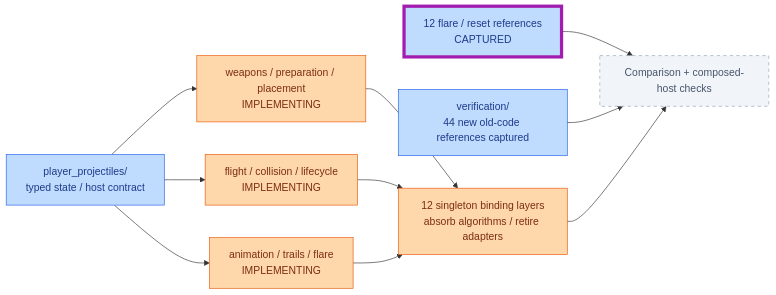
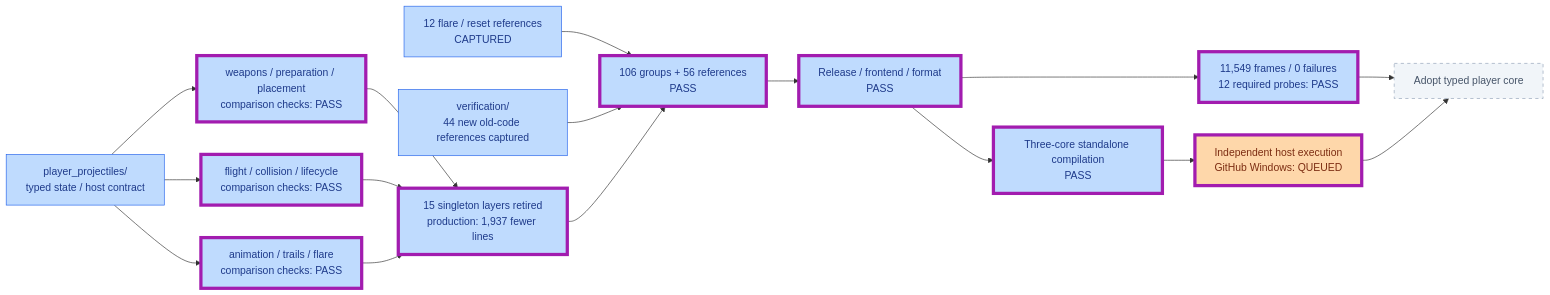
The fourth of 4 diagrams in PROGRESS.md (JimLundin/sm-decomp), drawn with Mermaid before and after one commit. The commit also changed other lines of this file and 61 other files, not shown here.

First line of the commit message:
Consolidate player projectiles into typed core; comparisons and 11549 frames pass

````diff
--- a/PROGRESS.md
+++ b/PROGRESS.md
@@ -123,19 +123,25 @@
 ```mermaid
 flowchart LR
     CONTRACT["player_projectiles/<br/>typed state / host contract"]:::checked
     BASE["verification/<br/>44 new old-code references captured"]:::checked
-    CONTRACT --> PROD["weapons / preparation / placement<br/>IMPLEMENTING"]:::active
-    CONTRACT --> FLIGHT["flight / collision / lifecycle<br/>IMPLEMENTING"]:::active
-    CONTRACT --> DRAW["animation / trails / flare<br/>IMPLEMENTING"]:::active
-    PROD --> DELETE["12 singleton binding layers<br/>absorb algorithms / retire adapters"]:::active
+    CONTRACT --> PROD["weapons / preparation / placement<br/>comparison checks: PASS"]:::checked
+    CONTRACT --> FLIGHT["flight / collision / lifecycle<br/>comparison checks: PASS"]:::checked
+    CONTRACT --> DRAW["animation / trails / flare<br/>comparison checks: PASS"]:::checked
+    PROD --> DELETE["15 singleton layers retired<br/>production: 1,937 fewer lines"]:::checked
     FLIGHT --> DELETE
     DRAW --> DELETE
     EXTRA["12 flare / reset references<br/>CAPTURED"]:::checked --> VERIFY
-    BASE --> VERIFY["Comparison + composed-host checks"]:::pending
+    BASE --> VERIFY["106 groups + 56 references<br/>PASS"]:::checked
     DELETE --> VERIFY
-    class EXTRA changed
+    VERIFY --> PBUILD["Release / frontend / format<br/>PASS"]:::checked
+    PBUILD --> PMOVIE["11,549 frames / 0 failures<br/>12 required probes: PASS"]:::checked
+    PBUILD --> PDET["Three-core standalone compilation<br/>PASS"]:::checked
+    PDET --> PHOST["Independent host execution<br/>GitHub Windows: QUEUED"]:::active
+    PMOVIE --> PADOPT["Adopt typed player core"]:::pending
+    PHOST --> PADOPT
+    class PROD,FLIGHT,DRAW,DELETE,VERIFY,PBUILD,PMOVIE,PDET,PHOST changed
     classDef checked fill:#bfdbfe,stroke:#2563eb,color:#1e3a8a
     classDef active fill:#fed7aa,stroke:#ea580c,color:#7c2d12
     classDef pending fill:#f1f5f9,stroke:#94a3b8,color:#475569,stroke-dasharray:5 5
     classDef changed stroke:#a21caf,stroke-width:5px
 ```
````
